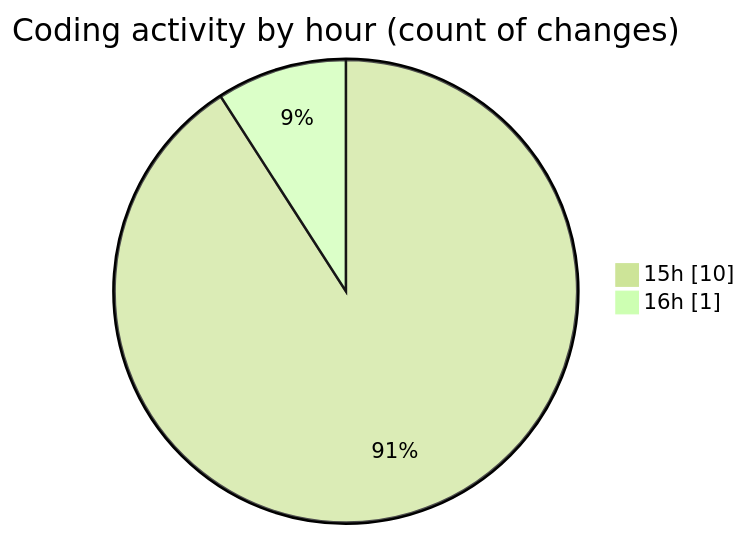
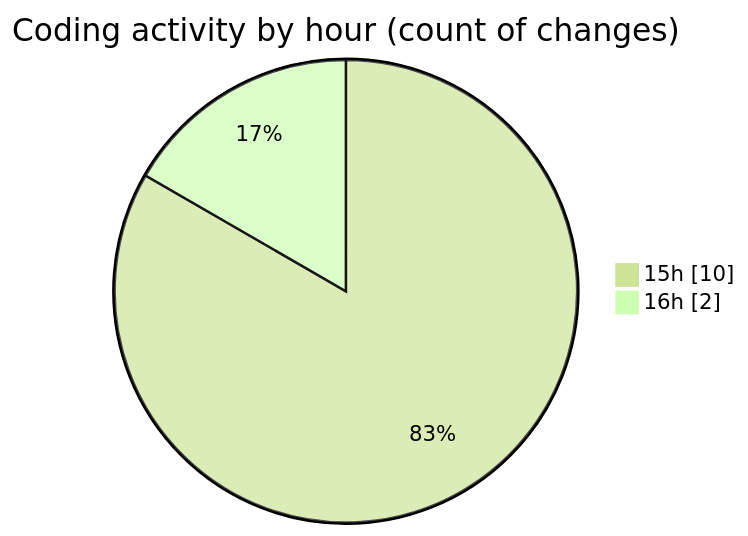
One commit to Ritupan-Deka/code-tracking changed the second of 2 diagrams in 2025-06-26/webapp/README.md. Above: the diagram before and after it, drawn with Mermaid (forest theme). The commit also changed other lines of this file and 1 other file, not shown here.

````diff
--- a/2025-06-26/webapp/README.md
+++ b/2025-06-26/webapp/README.md
@@ -35,6 +35,6 @@
 ```mermaid
 pie showData
 title Coding activity by hour (count of changes)
 "15h" : 10
-"16h" : 1
+"16h" : 2
 ```
````
